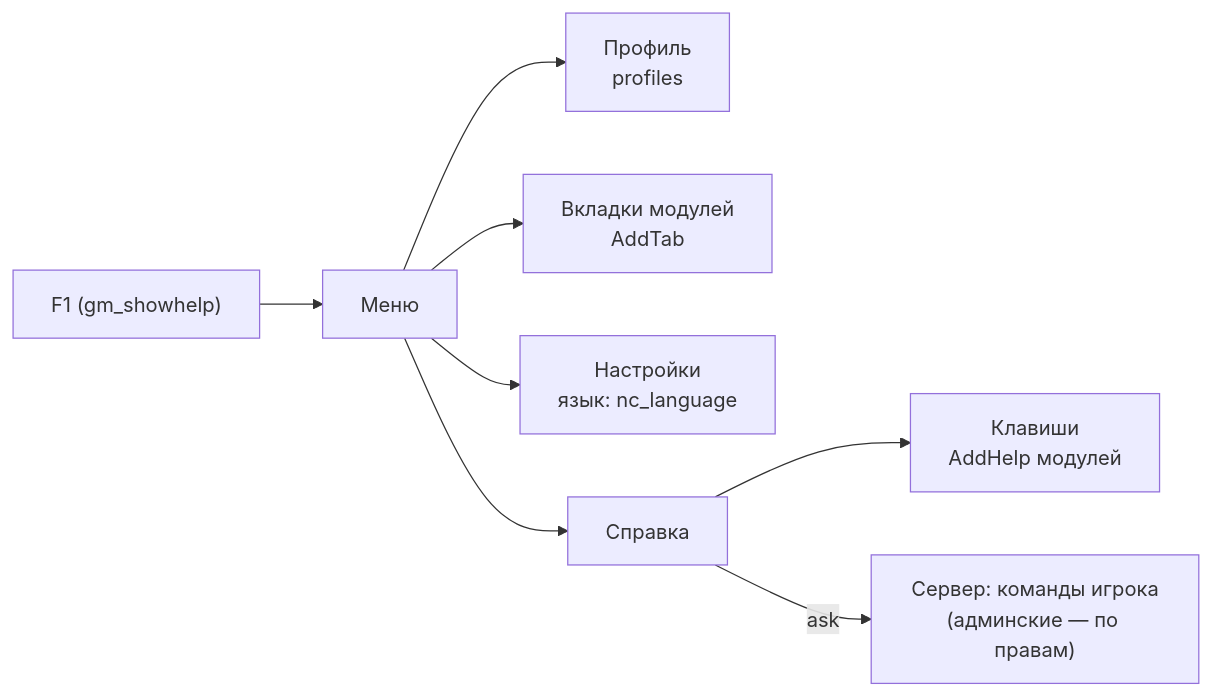
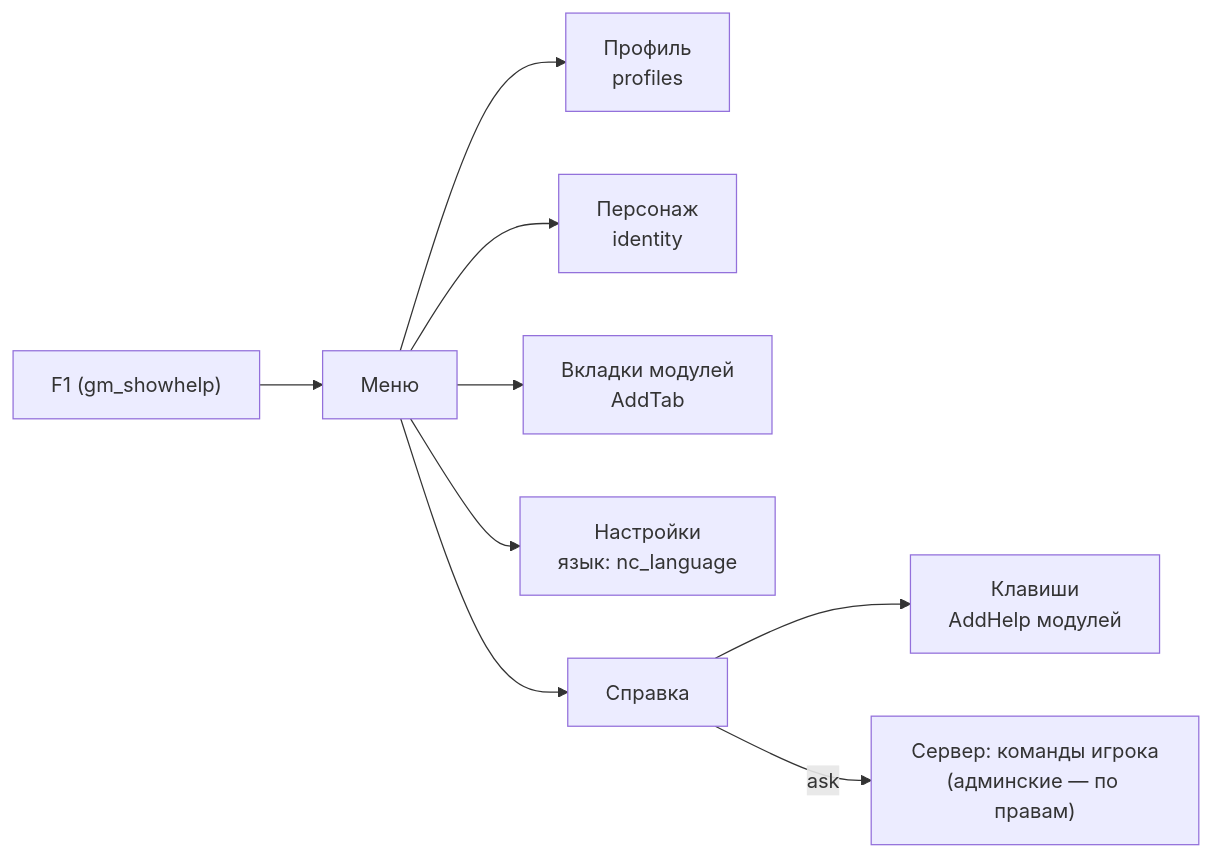
The diagram in gamemodes/nextcity/gamemode/modules/menu/README.md (vovawees/Next-City), drawn with Mermaid before and after one commit. The commit also changed other lines of this file and 35 other files, not shown here.

````diff
--- a/gamemodes/nextcity/gamemode/modules/menu/README.md
+++ b/gamemodes/nextcity/gamemode/modules/menu/README.md
@@ -13,10 +13,11 @@
 ```mermaid
 flowchart LR
 	F1["F1 (gm_showhelp)"] --> M["Меню"]
 	M --> P["Профиль<br/>profiles"]
+	M --> I["Персонаж<br/>identity"]
 	M --> X["Вкладки модулей<br/>AddTab"]
 	M --> S["Настройки<br/>язык: nc_language"]
 	M --> H["Справка"]
 	H --> K["Клавиши<br/>AddHelp модулей"]
 	H -->|"ask"| SV["Сервер: команды игрока<br/>(админские — по правам)"]
 ```
````
